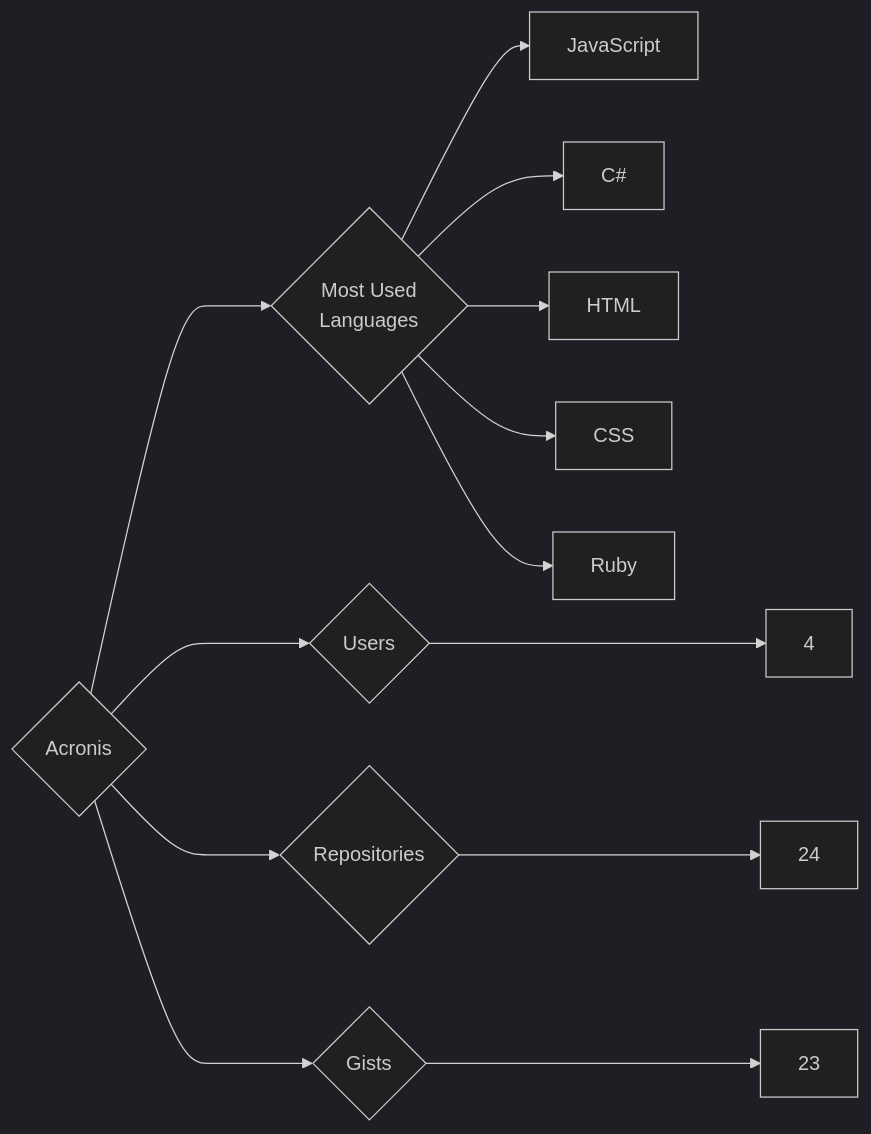
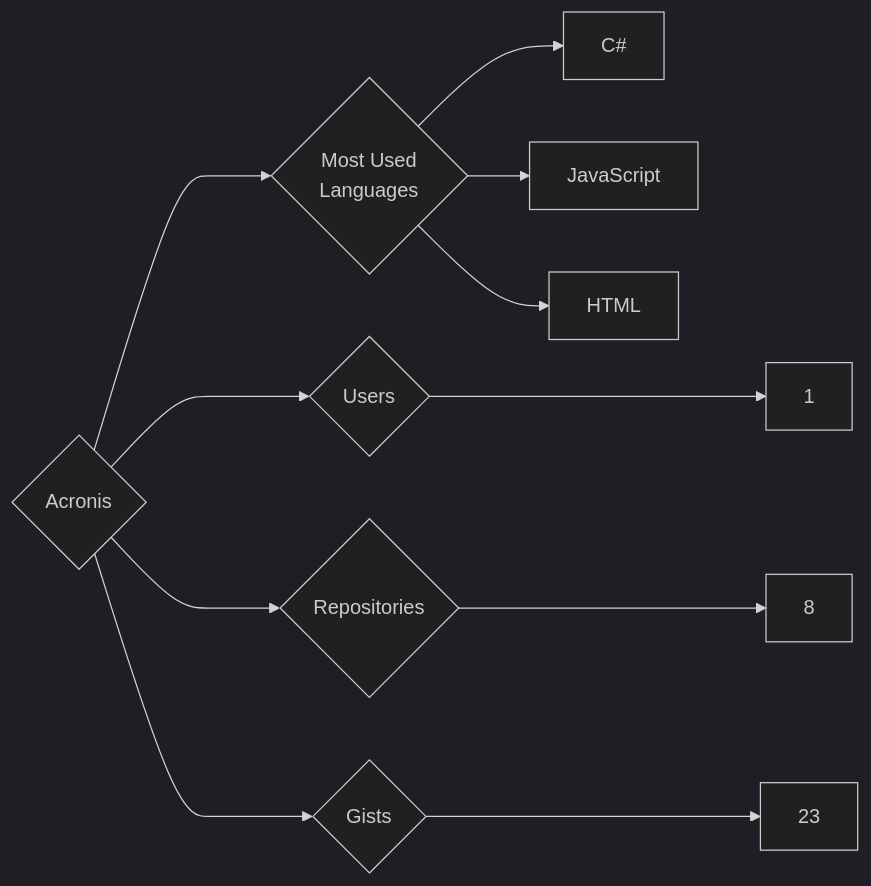
One commit to trickest/insiders changed the diagram in targets/Acronis/README.md. Above: the diagram before and after it, drawn with Mermaid (dark theme). The commit also changed 640 other files, not shown here.

````diff
--- a/targets/Acronis/README.md
+++ b/targets/Acronis/README.md
@@ -3,13 +3,11 @@
 ```mermaid
 graph LR
 COMPANY_NAME{Acronis}
-COMPANY_NAME ---> U{Users} ---> UN[4]
-COMPANY_NAME ---> R{Repositories} ---> RN[24]
+COMPANY_NAME ---> U{Users} ---> UN[1]
+COMPANY_NAME ---> R{Repositories} ---> RN[8]
 COMPANY_NAME ---> G{Gists} ---> GN[23]
 COMPANY_NAME ---> ML{Most Used<br>Languages}
+ML --> C#[C#]
 ML --> JavaScript[JavaScript]
-ML --> C#[C#]
 ML --> HTML[HTML]
-ML --> CSS[CSS]
-ML --> Ruby[Ruby]
 ```
````
